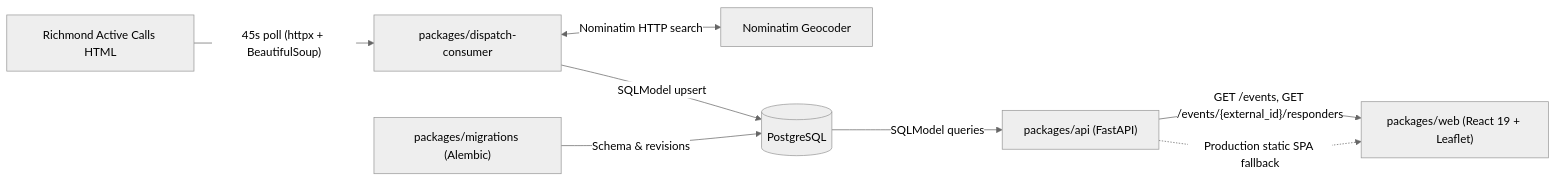
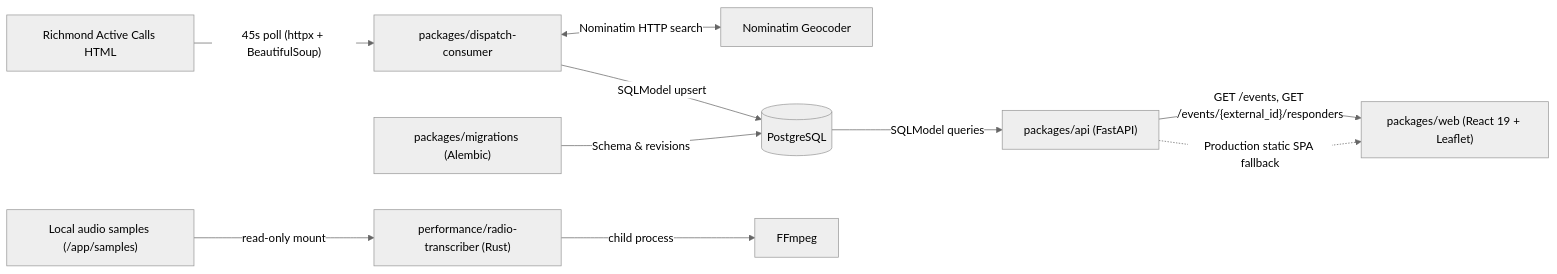
The first of 3 diagrams in docs/specs/architecture.md (durid-ah/dispatch-map), drawn with Mermaid (neutral theme) before and after one commit. The commit also changed other lines of this file and 16 other files, not shown here.

Commit message:
feat(#10): add radio-transcriber Rust service and docker-compose configuration

````diff
--- a/docs/specs/architecture.md
+++ b/docs/specs/architecture.md
@@ -9,10 +9,12 @@
 ```mermaid
 flowchart LR
     Source["Richmond Active Calls HTML"] -->|"45s poll (httpx + BeautifulSoup)"| Consumer["packages/dispatch-consumer"]
     Consumer <-->|"Nominatim HTTP search"| Nominatim["Nominatim Geocoder"]
     Consumer -->|"SQLModel upsert"| DB[("PostgreSQL")]
     Migrations["packages/migrations (Alembic)"] -->|"Schema & revisions"| DB
     DB -->|"SQLModel queries"| API["packages/api (FastAPI)"]
     API -->|"GET /events, GET /events/{external_id}/responders"| Web["packages/web (React 19 + Leaflet)"]
     API -.->|"Production static SPA fallback"| Web
+    Samples["Local audio samples (/app/samples)"] -->|"read-only mount"| Transcriber["performance/radio-transcriber (Rust)"]
+    Transcriber -->|"child process"| FFmpeg["FFmpeg"]
 ```
````
